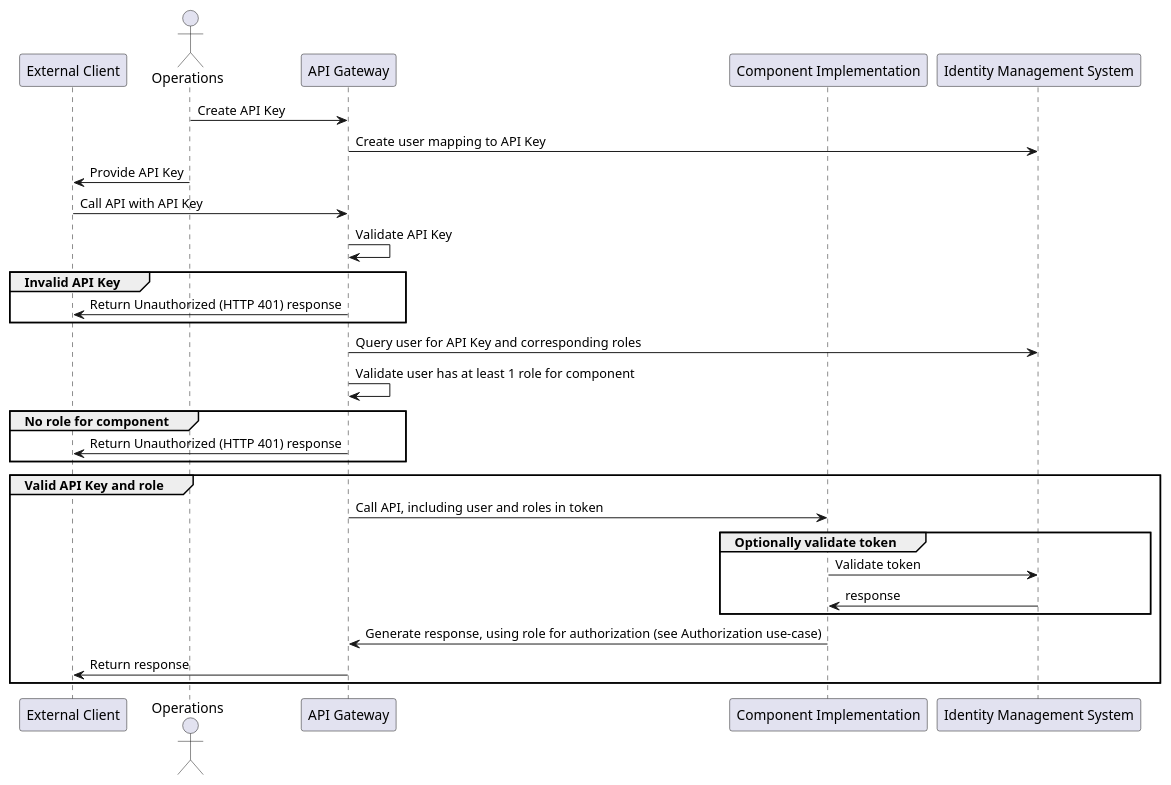
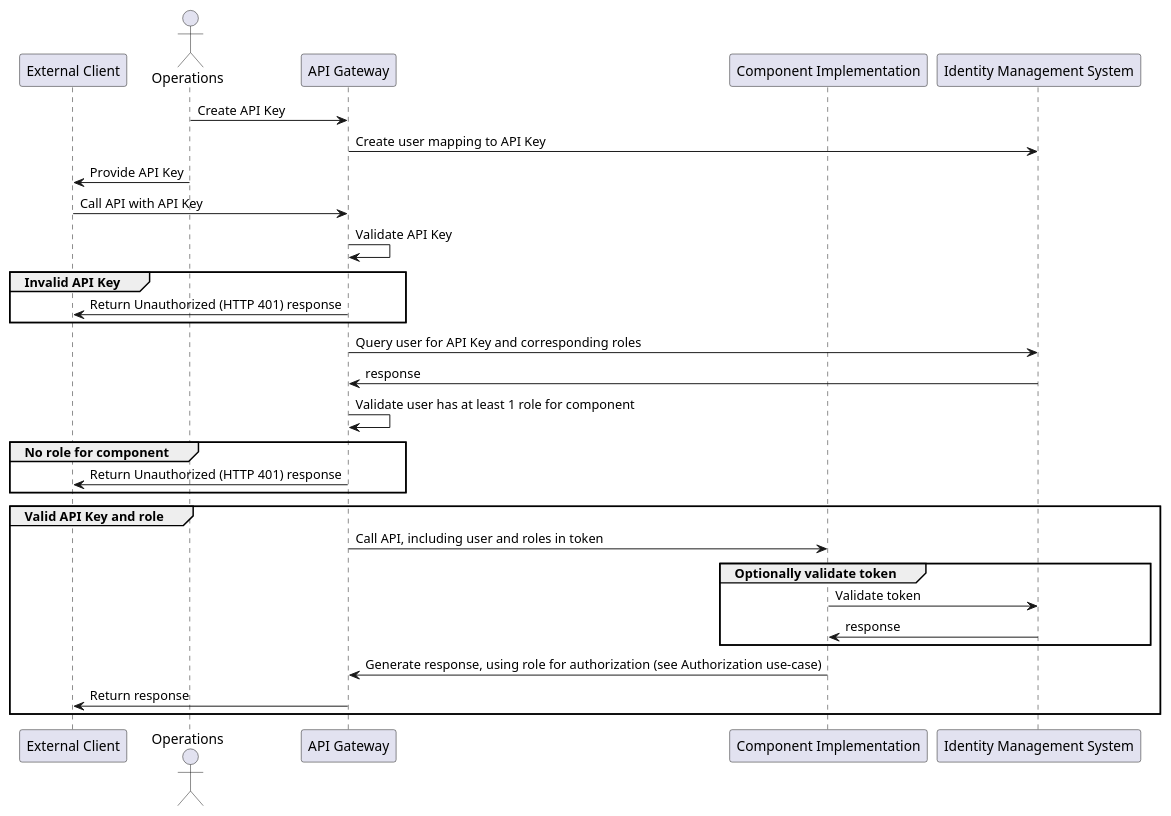
One commit to tmforum-oda/oda-canvas changed the diagram in oda-canvas-ctk/usecase-library/pumlFiles/authentication-external.puml. Above: the diagram before and after it, drawn with PlantUML. The commit also changed 11 other files, not shown here.

```diff
--- a/oda-canvas-ctk/usecase-library/pumlFiles/authentication-external.puml
+++ b/oda-canvas-ctk/usecase-library/pumlFiles/authentication-external.puml
@@ -1,39 +1,41 @@
 @startuml
 
 participant ExternalClient as "External Client"
 actor Operations
 participant APIGateway as "API Gateway"
 participant ComponentImplementation as "Component Implementation"
 participant IdentityManagementSystem as "Identity Management System"
 
 Operations -> APIGateway : Create API Key
 APIGateway -> IdentityManagementSystem : Create user mapping to API Key
 Operations -> ExternalClient : Provide API Key
 ExternalClient -> APIGateway : Call API with API Key
 APIGateway -> APIGateway: Validate API Key
 
 group Invalid API Key
     APIGateway -> ExternalClient : Return Unauthorized (HTTP 401) response
 end
 
 APIGateway -> IdentityManagementSystem : Query user for API Key and corresponding roles
+APIGateway <- IdentityManagementSystem : response
+
 APIGateway -> APIGateway: Validate user has at least 1 role for component
 
 group No role for component
     APIGateway -> ExternalClient : Return Unauthorized (HTTP 401) response
 end
 
 group Valid API Key and role
     APIGateway -> ComponentImplementation : Call API, including user and roles in token
 
     group Optionally validate token
         ComponentImplementation -> IdentityManagementSystem : Validate token
         ComponentImplementation <- IdentityManagementSystem : response
     end
 
     ComponentImplementation -> APIGateway: Generate response, using role for authorization (see Authorization use-case)
     APIGateway -> ExternalClient : Return response
 end
 
 
 @enduml
```
